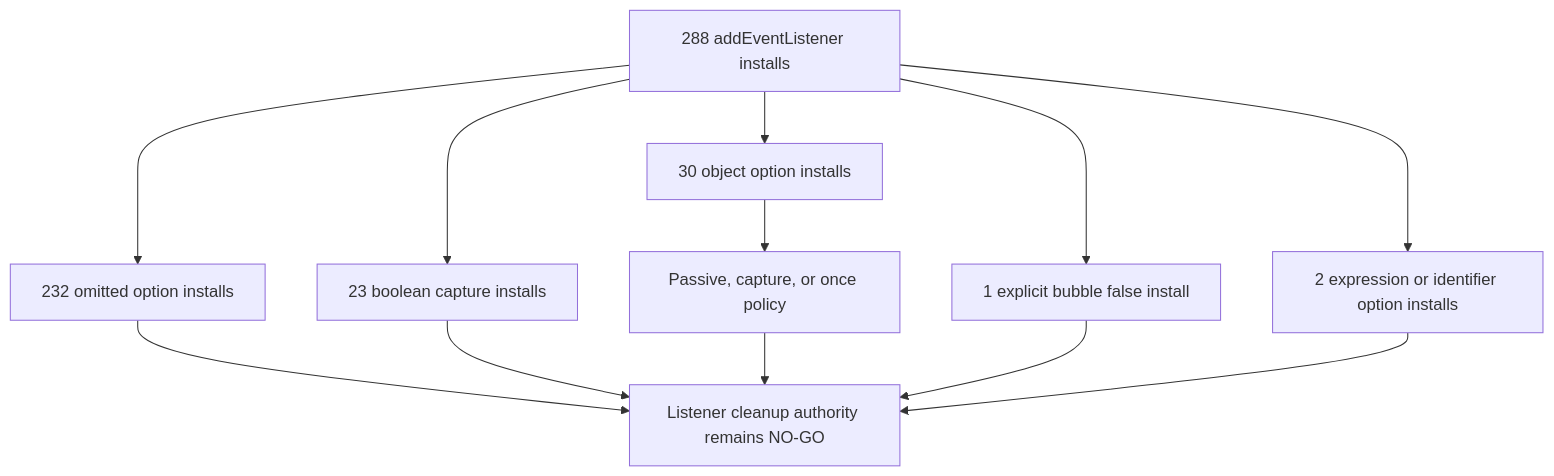
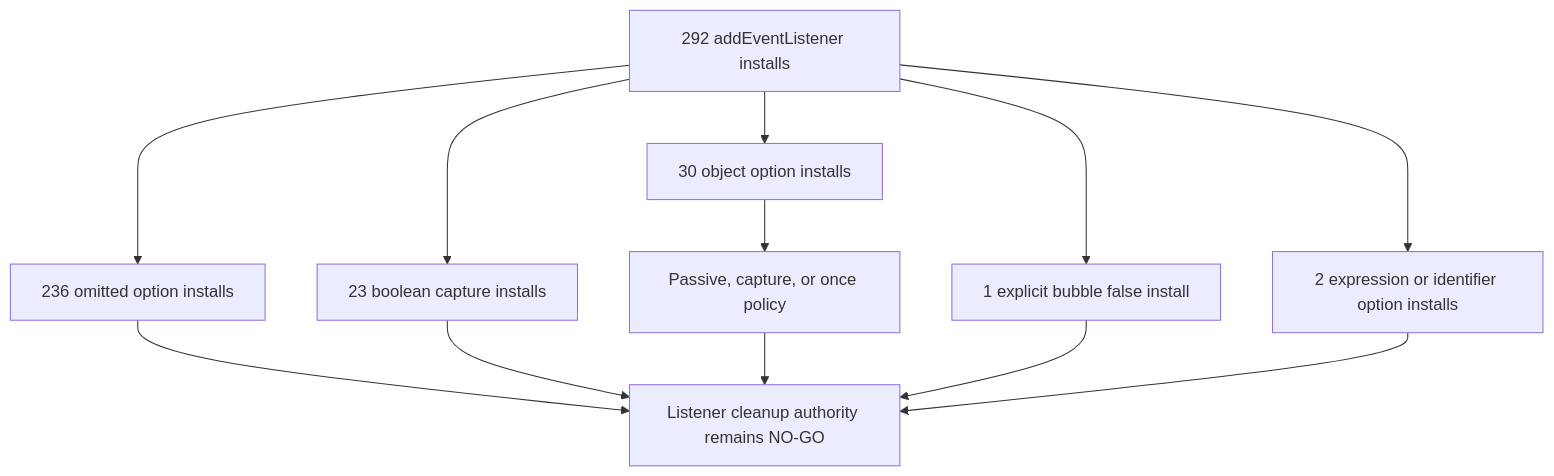
Before and after one commit to varshneydevansh/FilterTube: the second of 47 diagrams in docs/audit/FILTERTUBE_LIFECYCLE_INSTANCE_REGISTER_2026-05-18.md, drawn with Mermaid. The commit also changed other lines of this file and 8 other files, not shown here.

````diff
--- a/docs/audit/FILTERTUBE_LIFECYCLE_INSTANCE_REGISTER_2026-05-18.md
+++ b/docs/audit/FILTERTUBE_LIFECYCLE_INSTANCE_REGISTER_2026-05-18.md
@@ -179,14 +179,14 @@
 ```mermaid
 flowchart TD
-  A["288 addEventListener installs"] --> B["232 omitted option installs"]
+  A["292 addEventListener installs"] --> B["236 omitted option installs"]
   A --> C["23 boolean capture installs"]
   A --> D["30 object option installs"]
   A --> E["1 explicit bubble false install"]
   A --> F["2 expression or identifier option installs"]
   D --> G["Passive, capture, or once policy"]
   B --> H["Listener cleanup authority remains NO-GO"]
   C --> H
   G --> H
   E --> H
   F --> H
 ```
````
